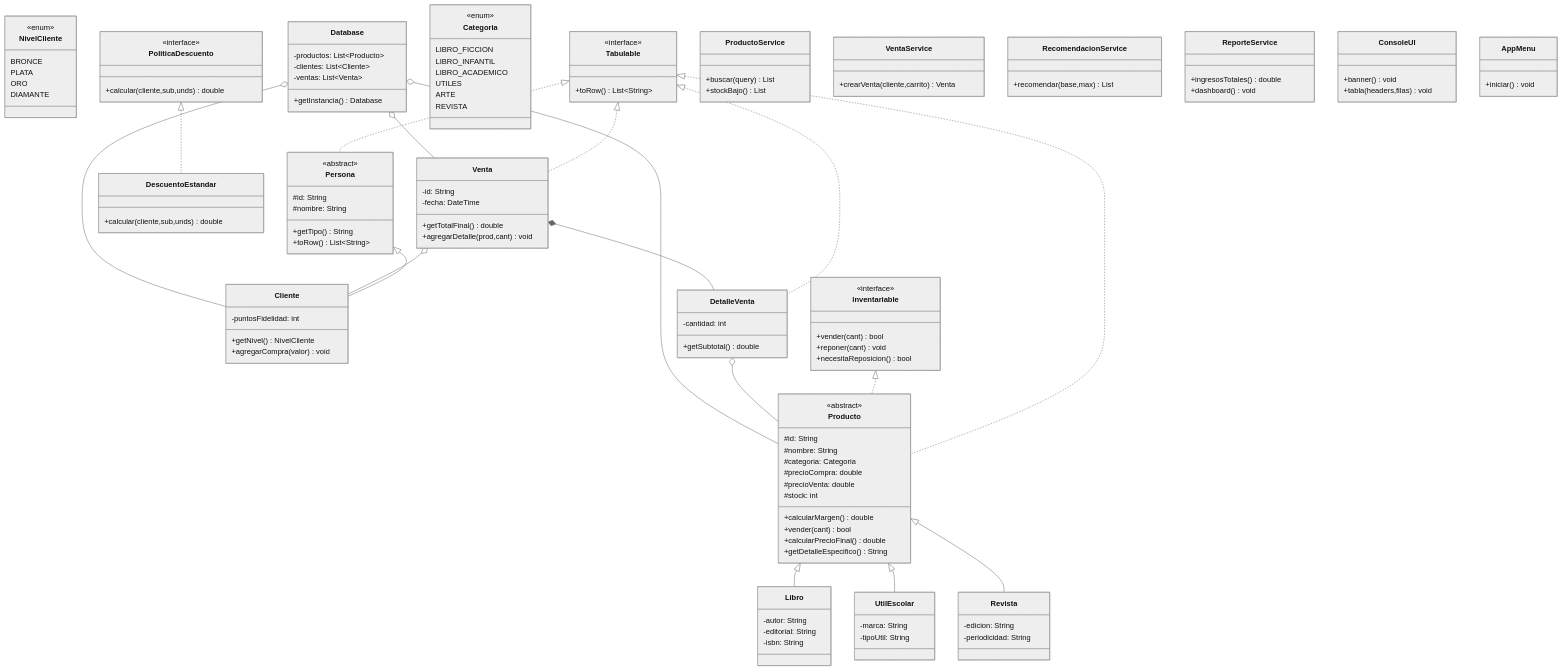
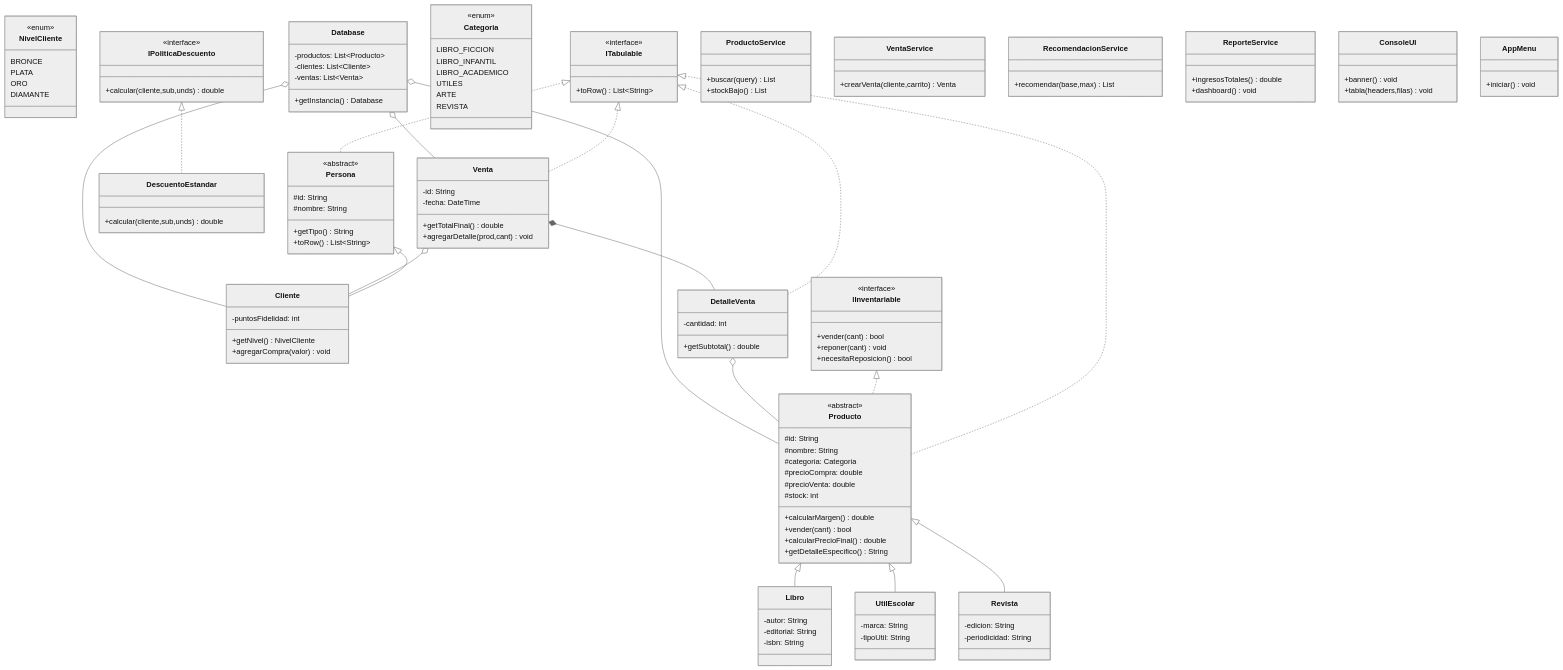
One commit to MaquiDuran2807/lumina-libreria-poo changed the diagram in docs/diagrama-clases.mmd. Above: the diagram before and after it, drawn with Mermaid (neutral theme). The commit also changed 20 other files, not shown here.

Commit message:
Prefijo I en interfaces: ITabulable, IInventariable, IPoliticaDescuento

```diff
--- a/docs/diagrama-clases.mmd
+++ b/docs/diagrama-clases.mmd
@@ -1,126 +1,126 @@
 classDiagram
   class Persona {
     <<abstract>>
     #id: String
     #nombre: String
     +getTipo() String
     +toRow() List~String~
   }
   class Cliente {
     -puntosFidelidad: int
     +getNivel() NivelCliente
     +agregarCompra(valor) void
   }
   class NivelCliente {
     <<enum>>
     BRONCE
     PLATA
     ORO
     DIAMANTE
   }
   class Producto {
     <<abstract>>
     #id: String
     #nombre: String
     #categoria: Categoria
     #precioCompra: double
     #precioVenta: double
     #stock: int
     +calcularMargen() double
     +vender(cant) bool
     +calcularPrecioFinal() double
     +getDetalleEspecifico() String
   }
-  class Tabulable {
+  class ITabulable {
     <<interface>>
     +toRow() List~String~
   }
-  class Inventariable {
+  class IInventariable {
     <<interface>>
     +vender(cant) bool
     +reponer(cant) void
     +necesitaReposicion() bool
   }
-  class PoliticaDescuento {
+  class IPoliticaDescuento {
     <<interface>>
     +calcular(cliente,sub,unds) double
   }
   class DescuentoEstandar {
     +calcular(cliente,sub,unds) double
   }
   class Libro {
     -autor: String
     -editorial: String
     -isbn: String
   }
   class UtilEscolar {
     -marca: String
     -tipoUtil: String
   }
   class Revista {
     -edicion: String
     -periodicidad: String
   }
   class Categoria {
     <<enum>>
     LIBRO_FICCION
     LIBRO_INFANTIL
     LIBRO_ACADEMICO
     UTILES
     ARTE
     REVISTA
   }
   class Venta {
     -id: String
     -fecha: DateTime
     +getTotalFinal() double
     +agregarDetalle(prod,cant) void
   }
   class DetalleVenta {
     -cantidad: int
     +getSubtotal() double
   }
   class Database {
     -productos: List~Producto~
     -clientes: List~Cliente~
     -ventas: List~Venta~
     +getInstancia() Database
   }
   class ProductoService {
     +buscar(query) List
     +stockBajo() List
   }
   class VentaService {
     +crearVenta(cliente,carrito) Venta
   }
   class RecomendacionService {
     +recomendar(base,max) List
   }
   class ReporteService {
     +ingresosTotales() double
     +dashboard() void
   }
   class ConsoleUI {
     +banner() void
     +tabla(headers,filas) void
   }
   class AppMenu {
     +iniciar() void
   }
 
   Persona <|-- Cliente
   Producto <|-- Libro
   Producto <|-- UtilEscolar
   Producto <|-- Revista
-  Tabulable <|.. Persona
-  Tabulable <|.. Producto
-  Tabulable <|.. Venta
-  Tabulable <|.. DetalleVenta
-  Inventariable <|.. Producto
-  PoliticaDescuento <|.. DescuentoEstandar
+  ITabulable <|.. Persona
+  ITabulable <|.. Producto
+  ITabulable <|.. Venta
+  ITabulable <|.. DetalleVenta
+  IInventariable <|.. Producto
+  IPoliticaDescuento <|.. DescuentoEstandar
   Venta *-- DetalleVenta
   Venta o-- Cliente
   DetalleVenta o-- Producto
   Database o-- Producto
   Database o-- Cliente
   Database o-- Venta
```
